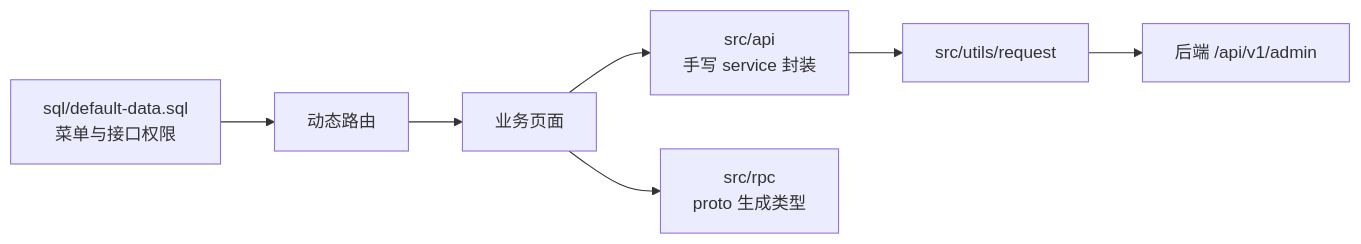
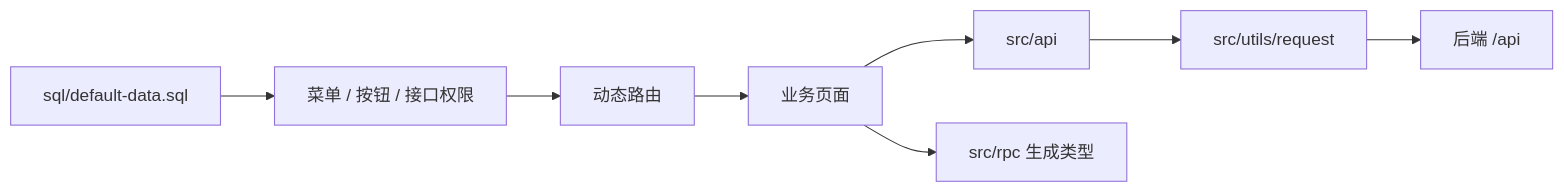
The diagram in docs/管理后台设计.md (liujitcn/shop), drawn with Mermaid before and after one commit. The commit also changed other lines of this file and 1765 other files, not shown here.

````diff
--- a/docs/管理后台设计.md
+++ b/docs/管理后台设计.md
@@ -36,9 +29,10 @@
 ```mermaid
 flowchart LR
-  Page["业务页面"] --> Api["src/api\n手写 service 封装"]
-  Page --> Rpc["src/rpc\nproto 生成类型"]
-  Api --> Request["src/utils/request"]
-  Request --> Backend["后端 /api/v1/admin"]
-  Menu["sql/default-data.sql\n菜单与接口权限"] --> Router["动态路由"]
+  Page["业务页面"] --> API["src/api"]
+  Page --> RPC["src/rpc 生成类型"]
+  API --> Request["src/utils/request"]
+  Request --> Backend["后端 /api"]
+  SQL["sql/default-data.sql"] --> Menu["菜单 / 按钮 / 接口权限"]
+  Menu --> Router["动态路由"]
   Router --> Page
 ```
````
